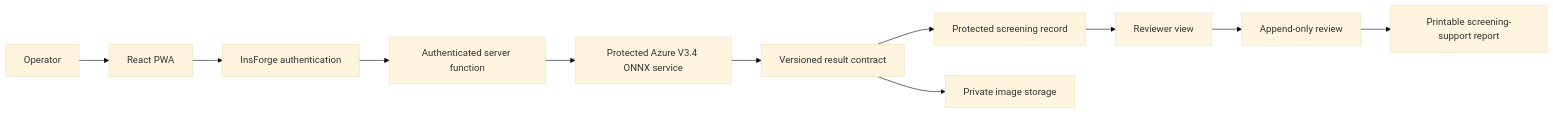
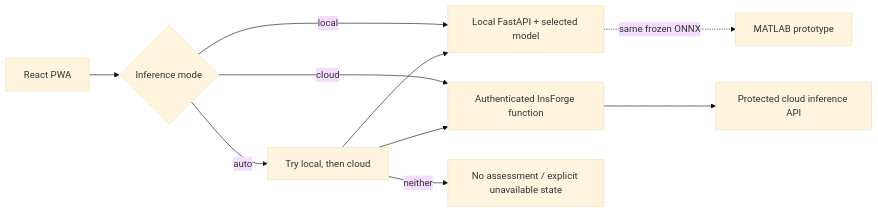
One commit to 1conicYaz/RetinaSathi changed the second of 3 diagrams in docs/ARCHITECTURE.md. Above: the diagram before and after it, drawn with Mermaid (base theme). The commit also changed other lines of this file and 35 other files, not shown here.

````diff
--- a/docs/ARCHITECTURE.md
+++ b/docs/ARCHITECTURE.md
@@ -59,13 +23,12 @@
 ```mermaid
 flowchart LR
-    Operator[Operator] --> PWA[React PWA]
-    PWA --> Auth[InsForge authentication]
-    Auth --> Fn[Authenticated server function]
-    Fn --> Azure[Protected Azure V3.4 ONNX service]
-    Azure --> Result[Versioned result contract]
-    Result --> DB[Protected screening record]
-    Result --> Private[Private image storage]
-    DB --> Reviewer[Reviewer view]
-    Reviewer --> Review[Append-only review]
-    Review --> Report[Printable screening-support report]
+    Web[React PWA] --> Router{Inference mode}
+    Router -->|local| Local[Local FastAPI + selected model]
+    Router -->|cloud| Proxy[Authenticated InsForge function]
+    Proxy --> Cloud[Protected cloud inference API]
+    Router -->|auto| Probe[Try local, then cloud]
+    Probe --> Local
+    Probe --> Proxy
+    Probe -->|neither| Unavailable[No assessment / explicit unavailable state]
+    Local -. same frozen ONNX .-> MATLAB[MATLAB prototype]
 ```
````
